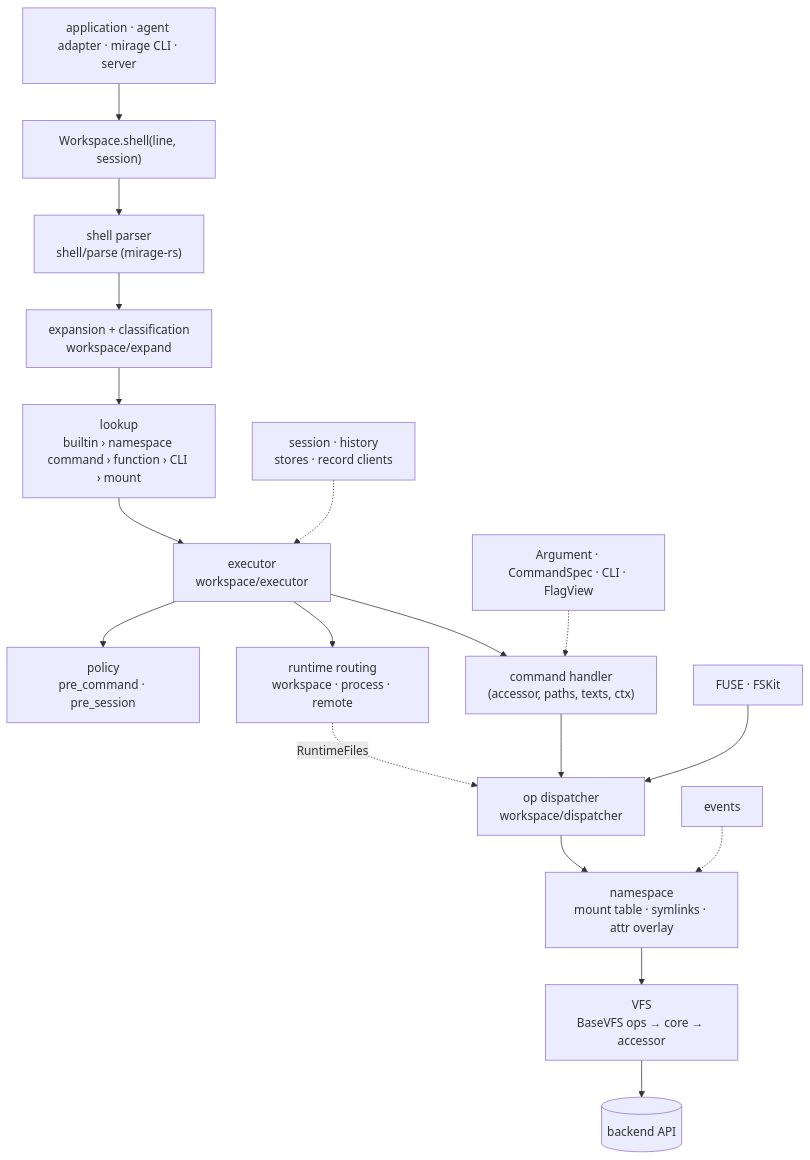
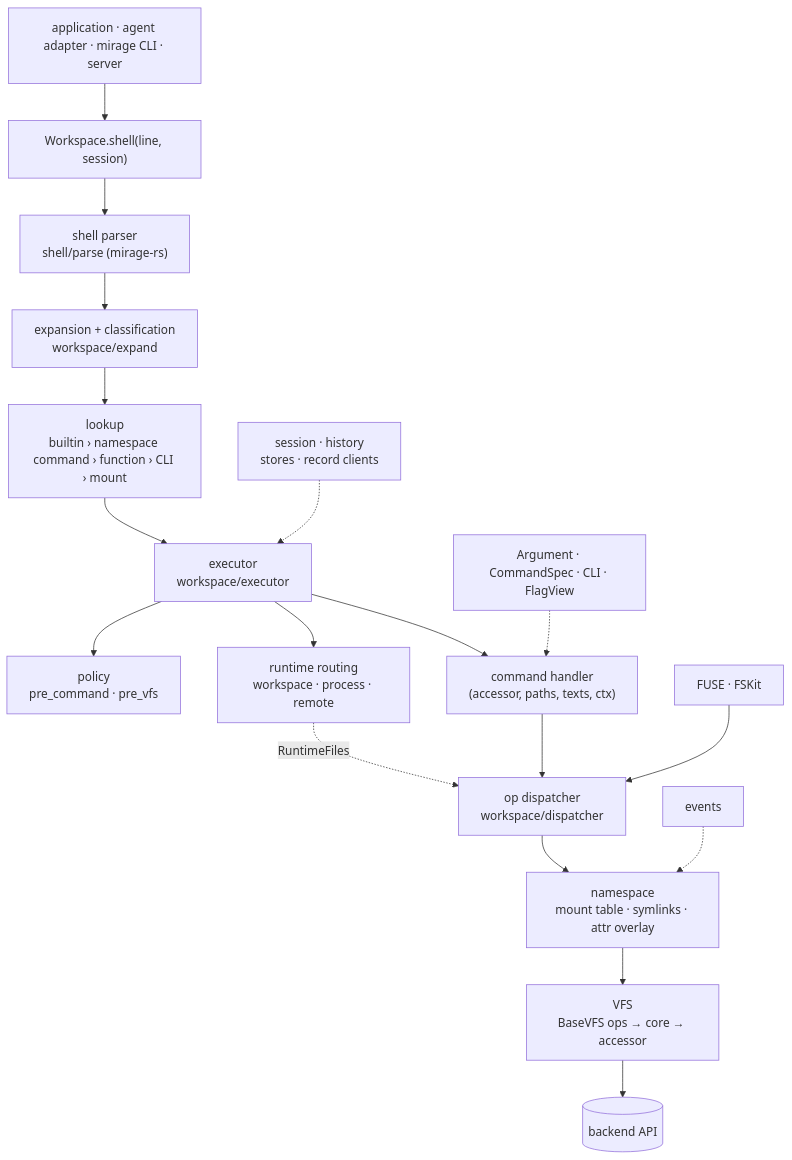
One commit to strukto-ai/mirage changed the first of 2 diagrams in CLAUDE.md. Above: the diagram before and after it, drawn with Mermaid. The commit also changed other lines of this file and 181 other files, not shown here.

First line of the commit message:
Drop the pre_session and post_session hooks; protect variables in the profile

````diff
--- a/CLAUDE.md
+++ b/CLAUDE.md
@@ -280,20 +281,20 @@
 ```mermaid
 flowchart TD
     App["application · agent adapter · mirage CLI · server"] --> WS["Workspace.shell(line, session)"]
     WS --> Parse["shell parser<br/>shell/parse (mirage-rs)"]
     Parse --> Expand["expansion + classification<br/>workspace/expand"]
     Expand --> Lookup["lookup<br/>builtin › namespace command › function › CLI › mount"]
     Lookup --> Exec["executor<br/>workspace/executor"]
-    Exec --> Policy["policy<br/>pre_command · pre_session"]
+    Exec --> Policy["policy<br/>pre_command · pre_vfs"]
     Exec --> Runtime["runtime routing<br/>workspace · process · remote"]
     Exec --> Handler["command handler<br/>(accessor, paths, texts, ctx)"]
     Spec["Argument · CommandSpec · CLI · FlagView"] -.-> Handler
     Handler --> Dispatch["op dispatcher<br/>workspace/dispatcher"]
     Runtime -. RuntimeFiles .-> Dispatch
     FUSE["FUSE · FSKit"] --> Dispatch
     Dispatch --> NS["namespace<br/>mount table · symlinks · attr overlay"]
     NS --> VFS["VFS<br/>BaseVFS ops → core → accessor"]
     VFS --> Backend[("backend API")]
     Events["events"] -.-> NS
     Session["session · history<br/>stores · record clients"] -.-> Exec
 ```
````
